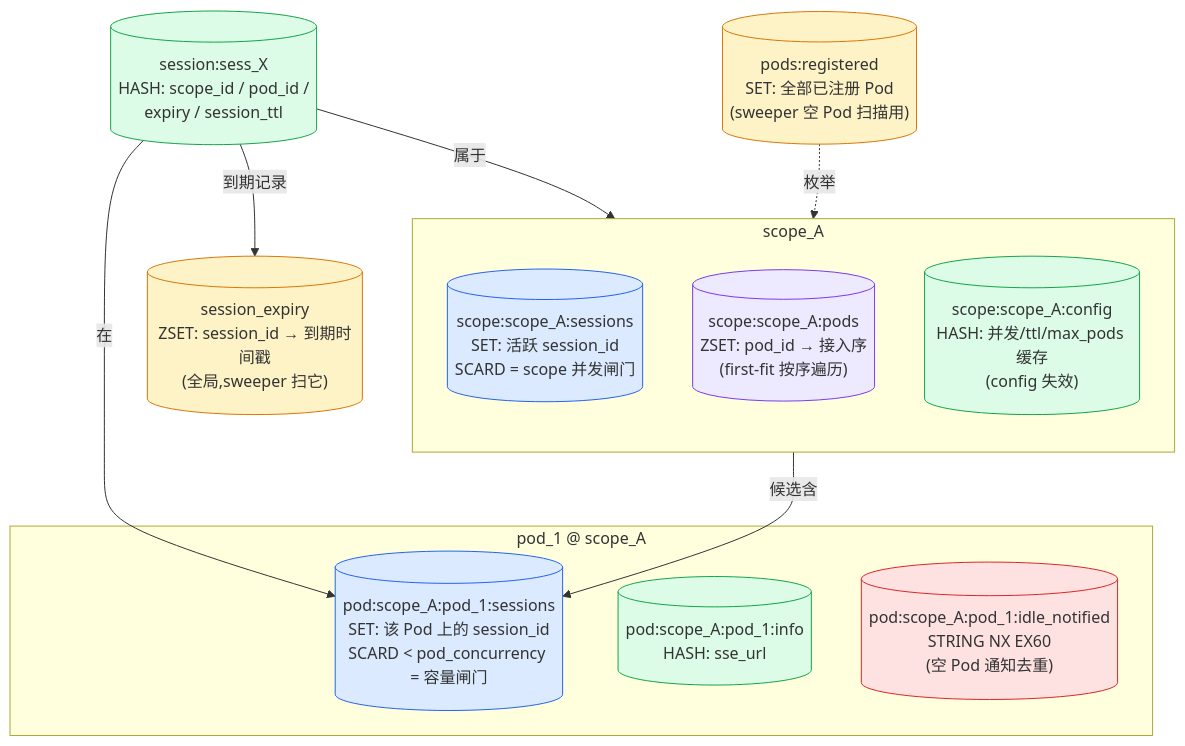
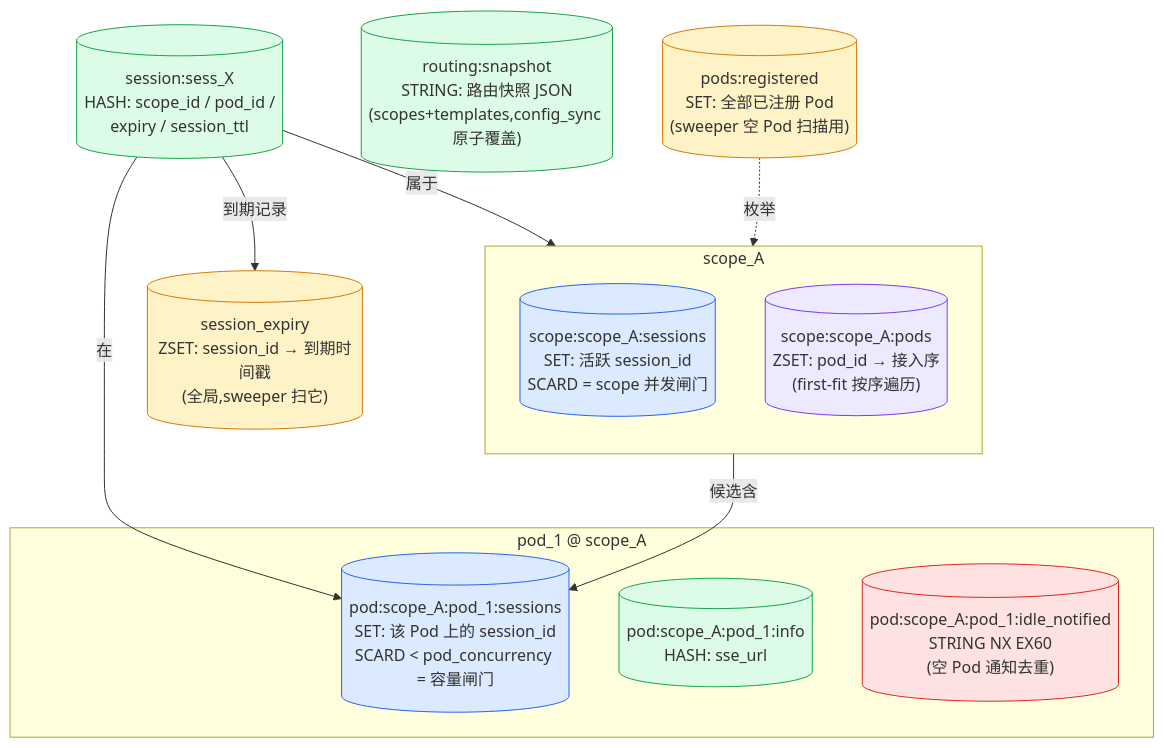
One commit to openJiuwen-ai/agent-runtime changed the sixth of 21 diagrams in applications/agent_runtime/docs/design/Agent-Runtime-HLD.md. Above: the diagram before and after it, drawn with Mermaid. The commit also changed other lines of this file and 38 other files, not shown here.

````diff
--- a/applications/agent_runtime/docs/design/Agent-Runtime-HLD.md
+++ b/applications/agent_runtime/docs/design/Agent-Runtime-HLD.md
@@ -314,32 +331,33 @@
 ```mermaid
 flowchart TB
     SE[("session_expiry<br/>ZSET: session_id → 到期时间戳<br/>(全局,sweeper 扫它)")]:::global
     PR[("pods:registered<br/>SET: 全部已注册 Pod<br/>(sweeper 空 Pod 扫描用)")]:::global
 
     subgraph SCOPE["scope_A"]
         direction TB
         SS[("scope:scope_A:sessions<br/>SET: 活跃 session_id<br/>SCARD = scope 并发闸门")]:::set
         SP[("scope:scope_A:pods<br/>ZSET: pod_id → 接入序<br/>(first-fit 按序遍历)")]:::zset
-        SCFG[("scope:scope_A:config<br/>HASH: 并发/ttl/max_pods 缓存<br/>(config 失效)")]:::hash
     end
+
+    SNAP[("routing:snapshot<br/>STRING: 路由快照 JSON<br/>(scopes+templates,config_sync 原子覆盖)")]:::hash
 
     subgraph POD1["pod_1 @ scope_A"]
         PS[("pod:scope_A:pod_1:sessions<br/>SET: 该 Pod 上的 session_id<br/>SCARD &lt; pod_concurrency = 容量闸门")]:::set
         PI[("pod:scope_A:pod_1:info<br/>HASH: sse_url")]:::hash
         PIN[("pod:scope_A:pod_1:idle_notified<br/>STRING NX EX60<br/>(空 Pod 通知去重)")]:::str
     end
 
     SES[("session:sess_X<br/>HASH: scope_id / pod_id /<br/>expiry / session_ttl")]:::hash
 
     SES -->|"属于"| SS
     SES -->|"在"| PS
     SES -->|"到期记录"| SE
     SP -->|"候选含"| PS
     PR -.->|"枚举"| SP
 
     classDef global fill:#fef3c7,stroke:#d97706;
     classDef set fill:#dbeafe,stroke:#2563eb;
     classDef zset fill:#ede9fe,stroke:#7c3aed;
     classDef hash fill:#dcfce7,stroke:#16a34a;
     classDef str fill:#fee2e2,stroke:#dc2626;
 ```
````
